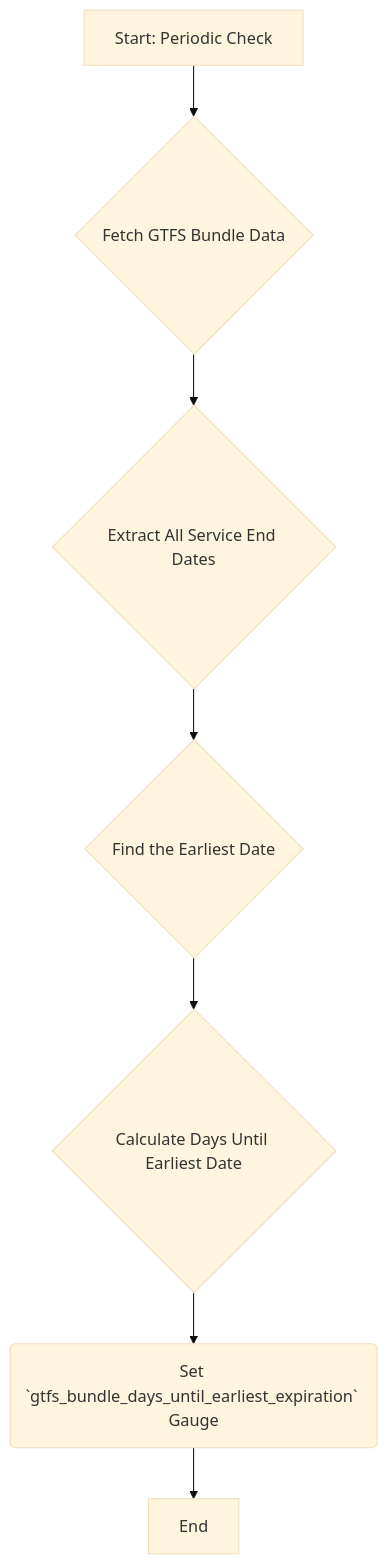
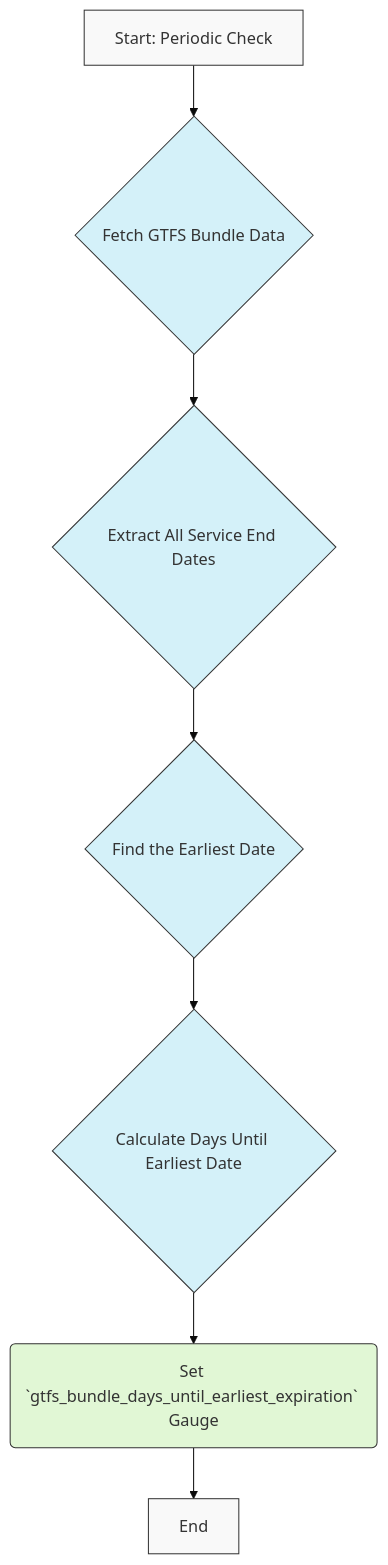
The sixth of 11 diagrams in internal/metrics/metrics-reference.md (OneBusAway/watchdog), drawn with Mermaid (base theme) before and after one commit. The commit also changed other lines of this file, not shown here.

````diff
--- a/internal/metrics/metrics-reference.md
+++ b/internal/metrics/metrics-reference.md
@@ -153,9 +301,17 @@
 ```mermaid
 graph TD
+    classDef process fill:#d4f1f9,stroke:#333,stroke-width:1px;
+    classDef data fill:#f9f9f9,stroke:#333,stroke-width:1px;
+    classDef output fill:#e1f7d5,stroke:#333,stroke-width:1px;
+
     A[Start: Periodic Check] --> B{Fetch GTFS Bundle Data};
     B --> C{Extract All Service End Dates};
     C --> D{Find the Earliest Date};
     D --> E{Calculate Days Until Earliest Date};
     E --> F(Set `gtfs_bundle_days_until_earliest_expiration` Gauge);
     F --> G[End];
+
+    class A,G data;
+    class B,C,D,E process;
+    class F output;
 ```
````
